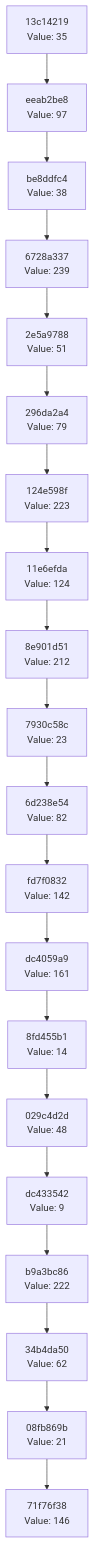
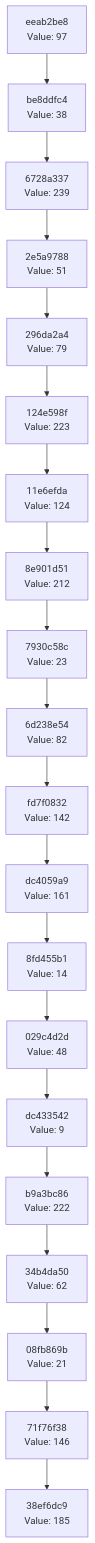
Before and after one commit to Abhisheksinha1506/hash-chain-evolver: the diagram in docs/CHAIN_VISUALIZATION.md, drawn with Mermaid. The commit also changed 2 other files, not shown here.

Commit message:
Evolution step: hash 0xB9 → action executed

````diff
--- a/docs/CHAIN_VISUALIZATION.md
+++ b/docs/CHAIN_VISUALIZATION.md
@@ -3,42 +3,42 @@
 ```mermaid
 graph TD
-    C0["71f76f38<br/>Value: 146"]
-    C1["08fb869b<br/>Value: 21"]
+    C0["38ef6dc9<br/>Value: 185"]
+    C1["71f76f38<br/>Value: 146"]
     C1 --> C0
-    C2["34b4da50<br/>Value: 62"]
+    C2["08fb869b<br/>Value: 21"]
     C2 --> C1
-    C3["b9a3bc86<br/>Value: 222"]
+    C3["34b4da50<br/>Value: 62"]
     C3 --> C2
-    C4["dc433542<br/>Value: 9"]
+    C4["b9a3bc86<br/>Value: 222"]
     C4 --> C3
-    C5["029c4d2d<br/>Value: 48"]
+    C5["dc433542<br/>Value: 9"]
     C5 --> C4
-    C6["8fd455b1<br/>Value: 14"]
+    C6["029c4d2d<br/>Value: 48"]
     C6 --> C5
-    C7["dc4059a9<br/>Value: 161"]
+    C7["8fd455b1<br/>Value: 14"]
     C7 --> C6
-    C8["fd7f0832<br/>Value: 142"]
+    C8["dc4059a9<br/>Value: 161"]
     C8 --> C7
-    C9["6d238e54<br/>Value: 82"]
+    C9["fd7f0832<br/>Value: 142"]
     C9 --> C8
-    C10["7930c58c<br/>Value: 23"]
+    C10["6d238e54<br/>Value: 82"]
     C10 --> C9
-    C11["8e901d51<br/>Value: 212"]
+    C11["7930c58c<br/>Value: 23"]
     C11 --> C10
-    C12["11e6efda<br/>Value: 124"]
+    C12["8e901d51<br/>Value: 212"]
     C12 --> C11
-    C13["124e598f<br/>Value: 223"]
+    C13["11e6efda<br/>Value: 124"]
     C13 --> C12
-    C14["296da2a4<br/>Value: 79"]
+    C14["124e598f<br/>Value: 223"]
     C14 --> C13
-    C15["2e5a9788<br/>Value: 51"]
+    C15["296da2a4<br/>Value: 79"]
     C15 --> C14
-    C16["6728a337<br/>Value: 239"]
+    C16["2e5a9788<br/>Value: 51"]
     C16 --> C15
-    C17["be8ddfc4<br/>Value: 38"]
+    C17["6728a337<br/>Value: 239"]
     C17 --> C16
-    C18["eeab2be8<br/>Value: 97"]
+    C18["be8ddfc4<br/>Value: 38"]
     C18 --> C17
-    C19["13c14219<br/>Value: 35"]
+    C19["eeab2be8<br/>Value: 97"]
     C19 --> C18
 ```
````
